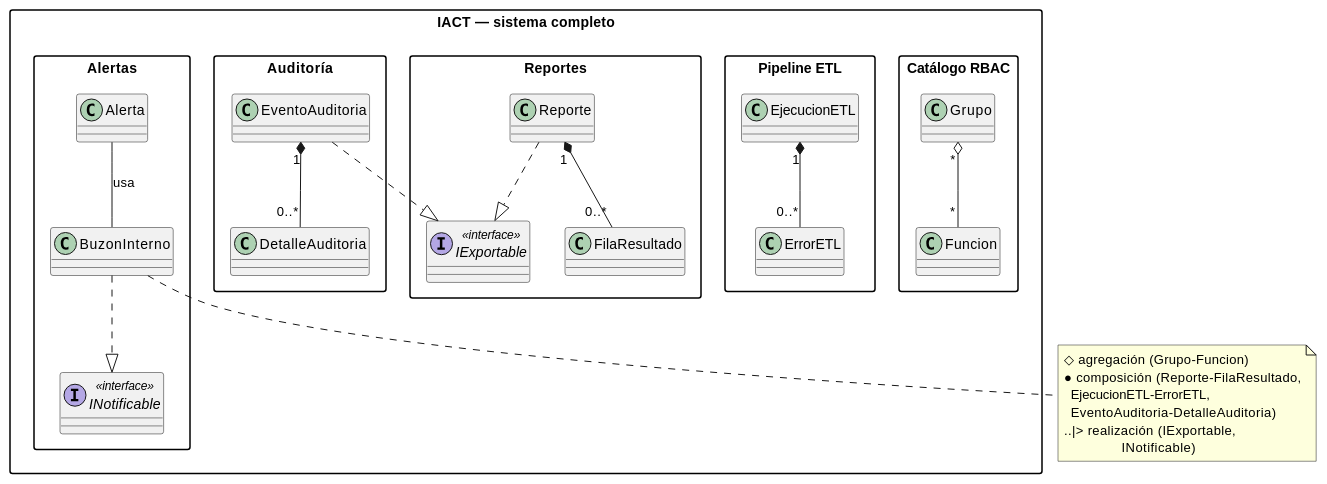
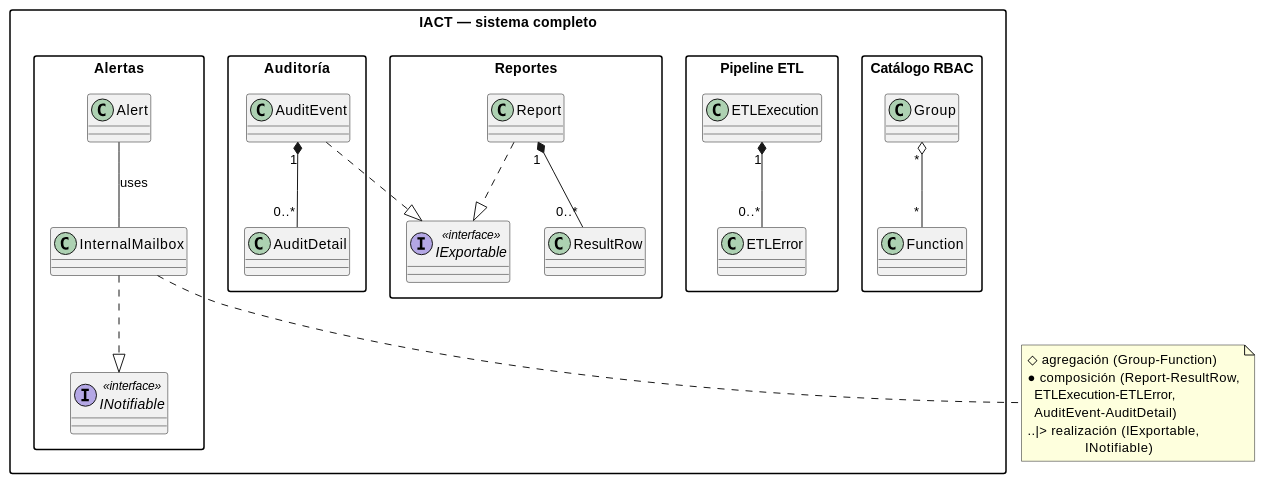
One commit to jcg-admin/IACT-docs changed the diagram in source/requisitos/_metodologia-aplicacion/agregacion-interfaces/paso-3-diagrama-de-contexto-integrado.rst. Above: the diagram before and after it, drawn with PlantUML. The commit also changed 9 other files, not shown here.

```diff
--- a/source/requisitos/_metodologia-aplicacion/agregacion-interfaces/paso-3-diagrama-de-contexto-integrado.rst
+++ b/source/requisitos/_metodologia-aplicacion/agregacion-interfaces/paso-3-diagrama-de-contexto-integrado.rst
@@ -4,53 +4,53 @@
 .. uml::
 
    @startuml
    allowmixing
 
    skinparam packageStyle rectangle
 
    package "IACT — sistema completo" {
      package "Catálogo RBAC" {
-       class Funcion
-       class Grupo
-       Grupo "*" o-- "*" Funcion
+       class Function
+       class Group
+       Group "*" o-- "*" Function
      }
 
      package "Pipeline ETL" {
-       class EjecucionETL
-       class ErrorETL
-       EjecucionETL "1" *-- "0..*" ErrorETL
+       class ETLExecution
+       class ETLError
+       ETLExecution "1" *-- "0..*" ETLError
      }
 
      package "Reportes" {
        interface IExportable <<interface>>
-       class Reporte
-       class FilaResultado
-       Reporte ..|> IExportable
-       Reporte "1" *-- "0..*" FilaResultado
+       class Report
+       class ResultRow
+       Report ..|> IExportable
+       Report "1" *-- "0..*" ResultRow
      }
 
      package "Auditoría" {
-       class EventoAuditoria
-       class DetalleAuditoria
-       EventoAuditoria ..|> IExportable
-       EventoAuditoria "1" *-- "0..*" DetalleAuditoria
+       class AuditEvent
+       class AuditDetail
+       AuditEvent ..|> IExportable
+       AuditEvent "1" *-- "0..*" AuditDetail
      }
 
      package "Alertas" {
-       interface INotificable <<interface>>
-       class Alerta
-       class BuzonInterno
-       Alerta -- BuzonInterno : usa
-       BuzonInterno ..|> INotificable
+       interface INotifiable <<interface>>
+       class Alert
+       class InternalMailbox
+       Alert -- InternalMailbox : uses
+       InternalMailbox ..|> INotifiable
      }
    }
 
    note bottom
-     ◇ agregación (Grupo–Funcion)
-     ● composición (Reporte–FilaResultado,
-       EjecucionETL–ErrorETL,
-       EventoAuditoria–DetalleAuditoria)
+     ◇ agregación (Group–Function)
+     ● composición (Report–ResultRow,
+       ETLExecution–ETLError,
+       AuditEvent–AuditDetail)
      ..|> realización (IExportable,
-                      INotificable)
+                      INotifiable)
    end note
    @enduml
```
